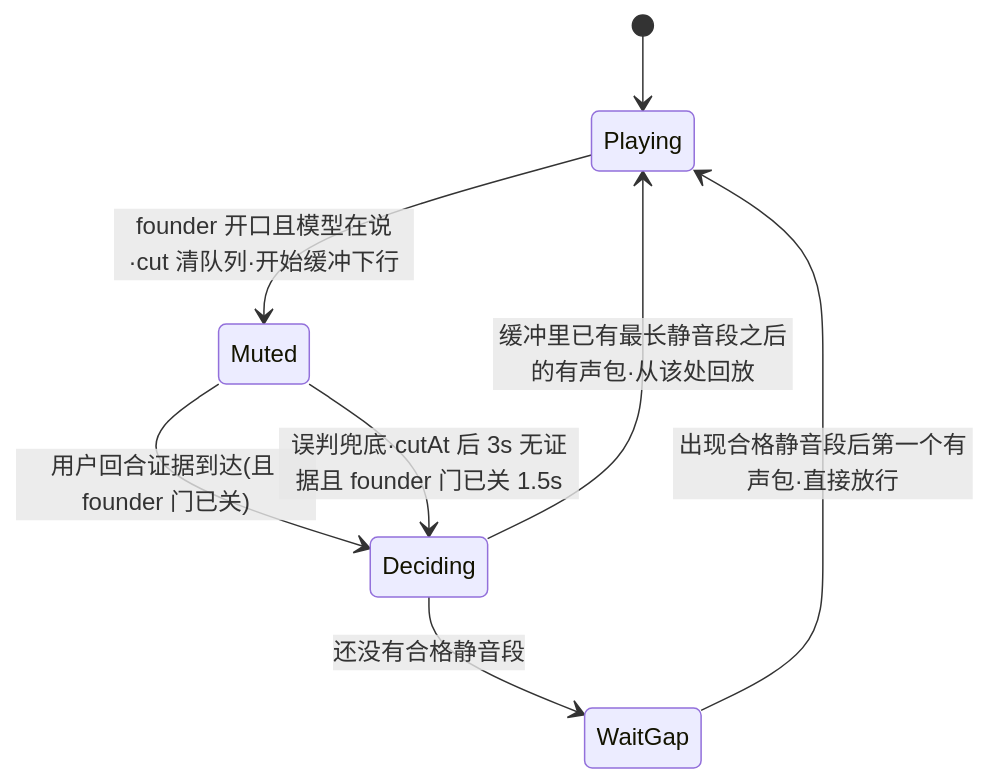
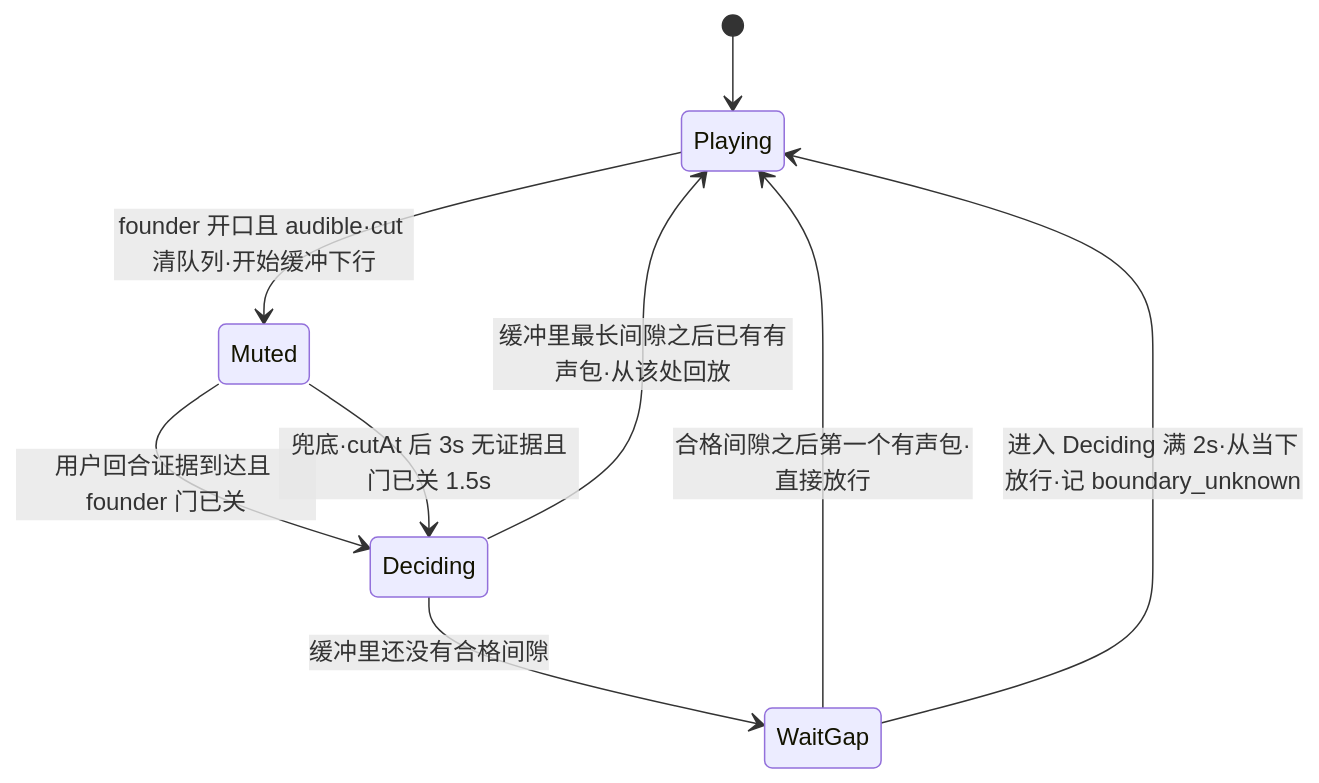
Before and after one commit to xrliAnnie/flywheel-qa-sandbox: the second of 3 diagrams in engineering/doc/FLY-2885-webrtc-voice-connection/plan.md, drawn with Mermaid. The commit also changed other lines of this file and 4 other files, not shown here.

````diff
--- a/engineering/doc/FLY-2885-webrtc-voice-connection/plan.md
+++ b/engineering/doc/FLY-2885-webrtc-voice-connection/plan.md
@@ -121,10 +124,11 @@
 ```mermaid
 stateDiagram-v2
   [*] --> Playing
-  Playing --> Muted: founder 开口且模型在说·cut 清队列·开始缓冲下行
-  Muted --> Deciding: 用户回合证据到达(且 founder 门已关)
-  Muted --> Deciding: 误判兜底·cutAt 后 3s 无证据且 founder 门已关 1.5s
-  Deciding --> Playing: 缓冲里已有最长静音段之后的有声包·从该处回放
-  Deciding --> WaitGap: 还没有合格静音段
-  WaitGap --> Playing: 出现合格静音段后第一个有声包·直接放行
+  Playing --> Muted: founder 开口且 audible·cut 清队列·开始缓冲下行
+  Muted --> Deciding: 用户回合证据到达且 founder 门已关
+  Muted --> Deciding: 兜底·cutAt 后 3s 无证据且门已关 1.5s
+  Deciding --> Playing: 缓冲里最长间隙之后已有有声包·从该处回放
+  Deciding --> WaitGap: 缓冲里还没有合格间隙
+  WaitGap --> Playing: 合格间隙之后第一个有声包·直接放行
+  WaitGap --> Playing: 进入 Deciding 满 2s·从当下放行·记 boundary_unknown
 ```
````
